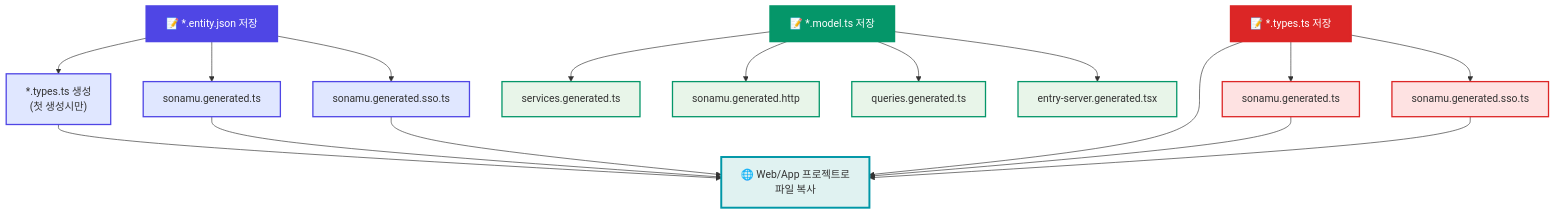
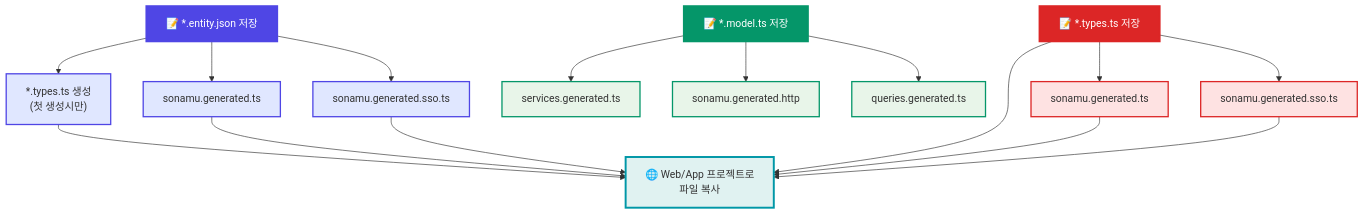
One commit to cartanova-ai/sonamu changed the diagram in modules/docs/ko/core-concepts/auto-generation/when-files-regenerate.mdx. Above: the diagram before and after it, drawn with Mermaid. The commit also changed other lines of this file and 1 other file, not shown here.

First line of the commit message:
[docs/sonamu] update: when-files-regenerate에서 entry-server.generated.tsx 정책 갱신 (ko/en)

````diff
--- a/modules/docs/ko/core-concepts/auto-generation/when-files-regenerate.mdx
+++ b/modules/docs/ko/core-concepts/auto-generation/when-files-regenerate.mdx
@@ -10,43 +10,41 @@
 ```mermaid
 flowchart TD
     A["📝 *.entity.json 저장"]
     E["📝 *.model.ts 저장"]
     J["📝 *.types.ts 저장"]
 
     A --> A1["*.types.ts 생성<br/>(첫 생성시만)"]
     A --> A2[sonamu.generated.ts]
     A --> A3[sonamu.generated.sso.ts]
 
     E --> E1[services.generated.ts]
     E --> E2[sonamu.generated.http]
     E --> E3[queries.generated.ts]
-    E --> E4[entry-server.generated.tsx]
 
     J --> J1[sonamu.generated.ts]
     J --> J2[sonamu.generated.sso.ts]
 
     A1 --> W["🌐 Web/App 프로젝트로<br/>파일 복사"]
     A2 --> W
     A3 --> W
     J --> W
     J1 --> W
     J2 --> W
 
     style A fill:#4f46e5,color:#fff,stroke:#4f46e5,stroke-width:3px
     style E fill:#059669,color:#fff,stroke:#059669,stroke-width:3px
     style J fill:#dc2626,color:#fff,stroke:#dc2626,stroke-width:3px
 
     style A1 fill:#e0e7ff,stroke:#4f46e5,stroke-width:2px
     style A2 fill:#e0e7ff,stroke:#4f46e5,stroke-width:2px
     style A3 fill:#e0e7ff,stroke:#4f46e5,stroke-width:2px
 
     style E1 fill:#e8f5e9,stroke:#059669,stroke-width:2px
     style E2 fill:#e8f5e9,stroke:#059669,stroke-width:2px
     style E3 fill:#e8f5e9,stroke:#059669,stroke-width:2px
-    style E4 fill:#e8f5e9,stroke:#059669,stroke-width:2px
 
     style J1 fill:#fee2e2,stroke:#dc2626,stroke-width:2px
     style J2 fill:#fee2e2,stroke:#dc2626,stroke-width:2px
 
     style W fill:#e0f2f1,stroke:#0097a7,stroke-width:3px
 ```
````
